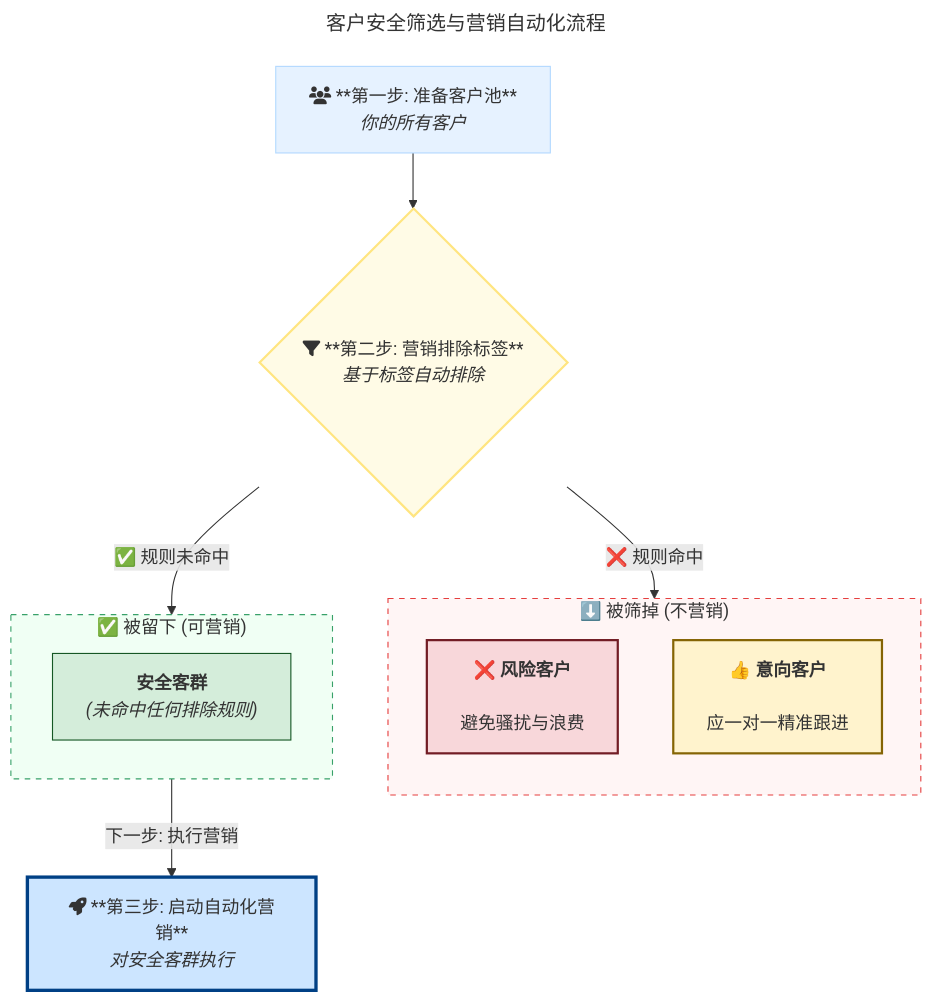
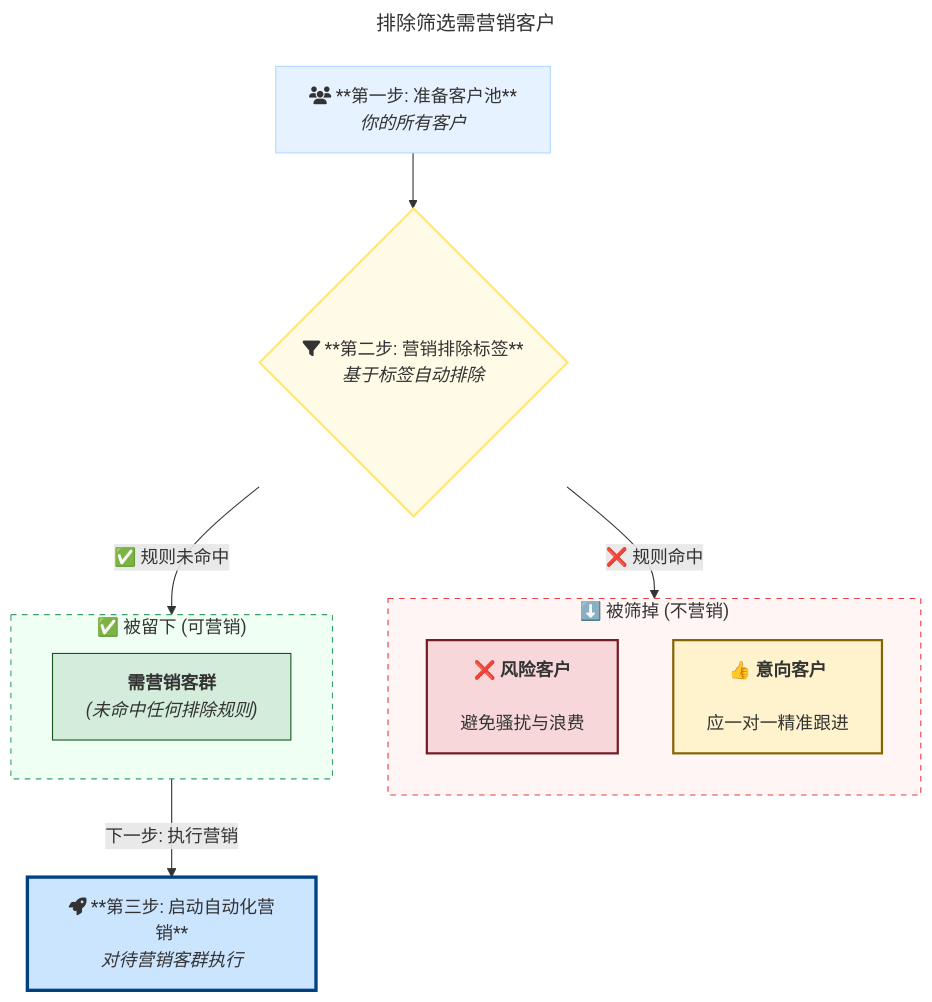
One commit to suxuemi/laifaxin changed the fifth of 12 diagrams in docs/zhinan/customer-management-section.md. Above: the diagram before and after it, drawn with Mermaid. The commit also changed other lines of this file, not shown here.

````diff
--- a/docs/zhinan/customer-management-section.md
+++ b/docs/zhinan/customer-management-section.md
@@ -236,47 +233,47 @@
 ```mermaid
 ---
-title: 客户安全筛选与营销自动化流程
+title: 排除筛选需营销客户
 ---
 graph TD
     A["fa:fa-users **第一步: 准备客户池**<br><i>你的所有客户</i>"] --> B{"fa:fa-filter **第二步: 营销排除标签**<br><i>基于标签自动排除</i>"};
 
     subgraph SG_EXCLUDE ["⬇️ 被筛掉 (不营销)"]
         direction TB
         C["
             <b>❌ 风险客户</b><br>
             避免骚扰与浪费
         "]
 
         D["
             <b>👍 意向客户</b><br>
             应一对一精准跟进
         "]
     end
 
     subgraph SG_RETAIN ["✅ 被留下 (可营销)"]
-        E["<b>安全客群</b><br><i>(未命中任何排除规则)</i>"]
+        E["<b>需营销客群</b><br><i>(未命中任何排除规则)</i>"]
     end
 
     B -- "❌ 规则命中" --> SG_EXCLUDE;
     B -- "✅ 规则未命中" --> SG_RETAIN;
 
-    F["fa:fa-rocket **第三步: 启动自动化营销**<br><i>对安全客群执行</i>"]
+    F["fa:fa-rocket **第三步: 启动自动化营销**<br><i>对待营销客群执行</i>"]
     
     SG_RETAIN -- "下一步: 执行营销" --> F;
 
     %% Styling
     style A fill:#e6f2ff,stroke:#b3d9ff
     style B fill:#fffbe6,stroke:#ffe580,stroke-width:2px
     
     %% Subgraph Styling
     style SG_EXCLUDE fill:#fff5f5,stroke:#e53e3e,stroke-dasharray: 5 5
     style SG_RETAIN fill:#f0fff4,stroke:#38a169,stroke-dasharray: 5 5
     
     %% Node Styling inside Subgraphs
     style C fill:#f8d7da,stroke:#721c24,stroke-width:2px
     style D fill:#fff3cd,stroke:#856404,stroke-width:2px
     style E fill:#d4edda,stroke:#155724
     
     %% Final Action Node Styling
     style F fill:#cce5ff,stroke:#004085,stroke-width:3px
 ```
````
